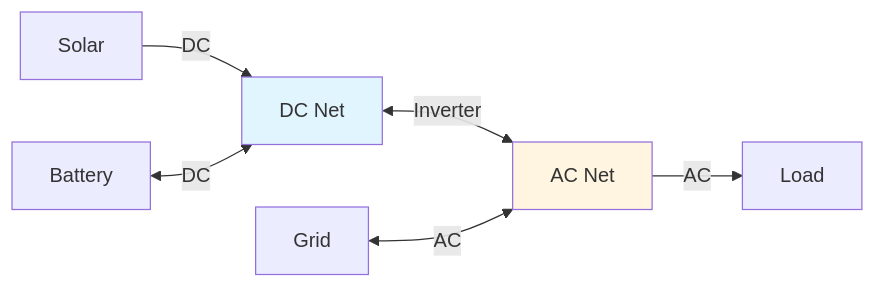
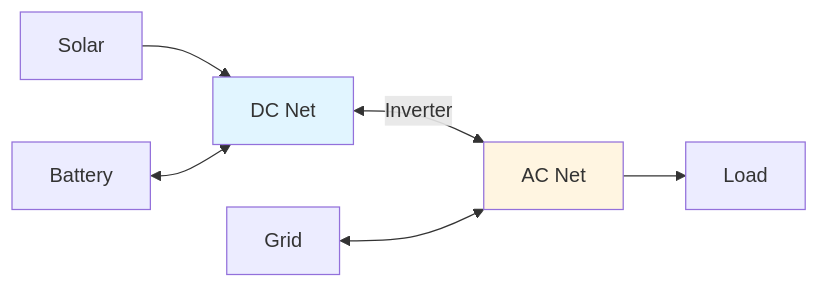
The second of 2 diagrams in docs/user-guide/entities/net.md (hass-energy/haeo), drawn with Mermaid before and after one commit. The commit also changed other lines of this file and 2 other files, not shown here.

````diff
--- a/docs/user-guide/entities/net.md
+++ b/docs/user-guide/entities/net.md
@@ -74,13 +44,11 @@
 ```mermaid
 graph LR
-    Solar[Solar] -->|DC| DC[DC Net]
-    Battery[Battery] <-->|DC| DC
-
-    DC <-->|Inverter| AC[AC Net]
-
-    Grid[Grid] <-->|AC| AC
-    AC -->|AC| Load[Load]
-
+    Solar-->DC[DC Net]
+    Battery<-->DC
+    DC<-->|Inverter|AC[AC Net]
+    Grid<-->AC
+    AC-->Load
+    
     style DC fill:#E1F5FF
     style AC fill:#FFF5E1
 ```
````
